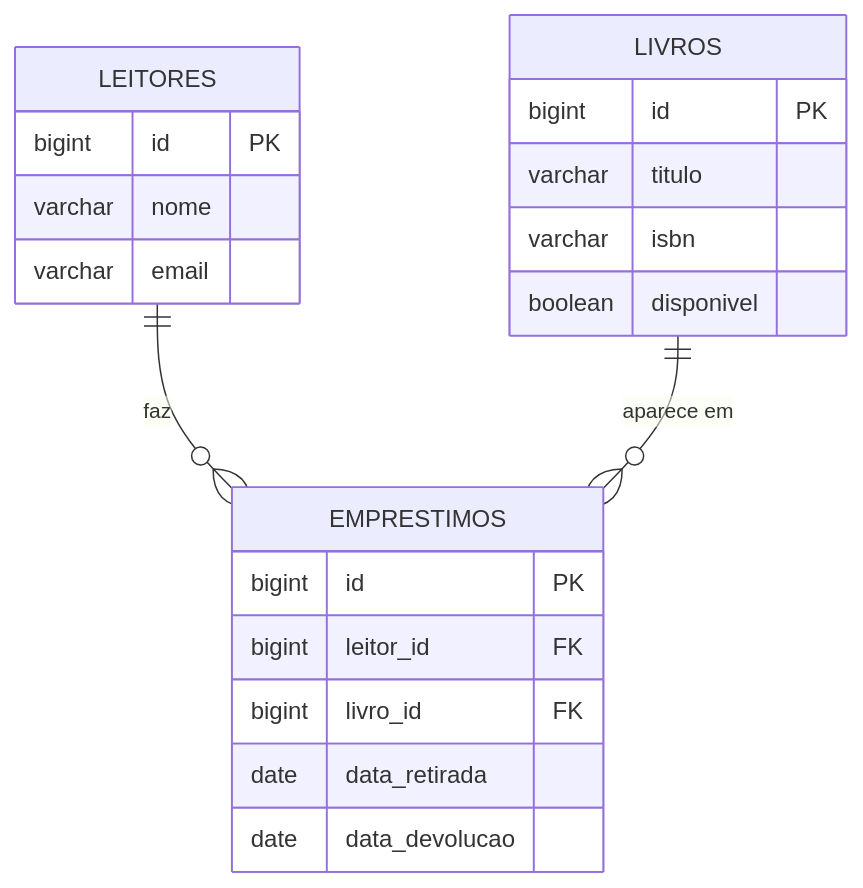
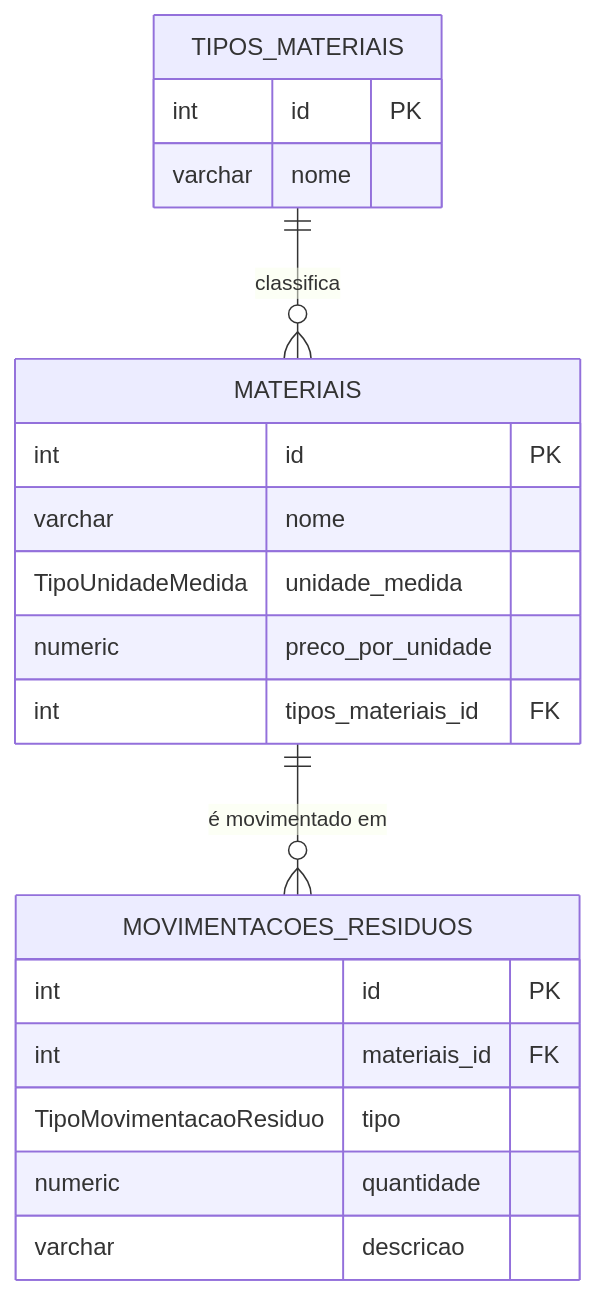
Before and after one commit to RafaelBeninca/economia-circular-backend: the diagram in docs/modelo-de-dominio.md, drawn with Mermaid. The commit also changed other lines of this file and 5 other files, not shown here.

````diff
--- a/docs/modelo-de-dominio.md
+++ b/docs/modelo-de-dominio.md
@@ -50,24 +51,24 @@
 ```mermaid
 erDiagram
-    LEITORES ||--o{ EMPRESTIMOS : "faz"
-    LIVROS ||--o{ EMPRESTIMOS : "aparece em"
+    TIPOS_MATERIAIS ||--o{ MATERIAIS : "classifica"
+    MATERIAIS ||--o{ MOVIMENTACOES_RESIDUOS : "é movimentado em"
 
-    LEITORES {
-        bigint id PK
+    TIPOS_MATERIAIS {
+        int id PK
         varchar nome
-        varchar email
     }
-    LIVROS {
-        bigint id PK
-        varchar titulo
-        varchar isbn
-        boolean disponivel
+    MATERIAIS {
+        int id PK
+        varchar nome
+        TipoUnidadeMedida unidade_medida
+        numeric preco_por_unidade
+        int tipos_materiais_id FK
     }
-    EMPRESTIMOS {
-        bigint id PK
-        bigint leitor_id FK
-        bigint livro_id FK
-        date data_retirada
-        date data_devolucao
+    MOVIMENTACOES_RESIDUOS {
+        int id PK
+        int materiais_id FK
+        TipoMovimentacaoResiduo tipo
+        numeric quantidade
+        varchar descricao
     }
 ```
````
